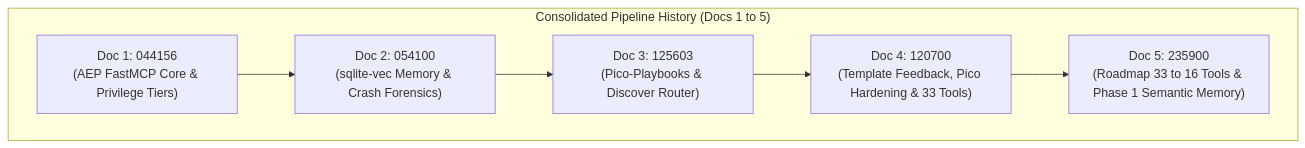
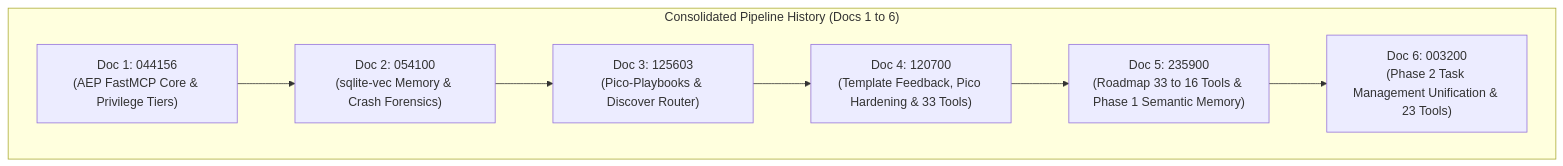
Before and after one commit to ancrz/agent-execution-plane: the diagram in docs/pipeline/feature_rollup.md, drawn with Mermaid. The commit also changed other lines of this file and 6 other files, not shown here.

Commit message:
docs(state): record phase 2 task_management consolidation and 23-tool baseline

````diff
--- a/docs/pipeline/feature_rollup.md
+++ b/docs/pipeline/feature_rollup.md
@@ -15,13 +15,14 @@
 ```mermaid
 flowchart LR
-    subgraph RollupChain["Consolidated Pipeline History (Docs 1 to 5)"]
+    subgraph RollupChain["Consolidated Pipeline History (Docs 1 to 6)"]
         direction LR
         D1["Doc 1: 044156<br/>(AEP FastMCP Core & Privilege Tiers)"]
         D2["Doc 2: 054100<br/>(sqlite-vec Memory & Crash Forensics)"]
         D3["Doc 3: 125603<br/>(Pico-Playbooks & Discover Router)"]
         D4["Doc 4: 120700<br/>(Template Feedback, Pico Hardening & 33 Tools)"]
         D5["Doc 5: 235900<br/>(Roadmap 33 to 16 Tools & Phase 1 Semantic Memory)"]
+        D6["Doc 6: 003200<br/>(Phase 2 Task Management Unification & 23 Tools)"]
 
-        D1 --> D2 --> D3 --> D4 --> D5
+        D1 --> D2 --> D3 --> D4 --> D5 --> D6
     end
 ```
````
